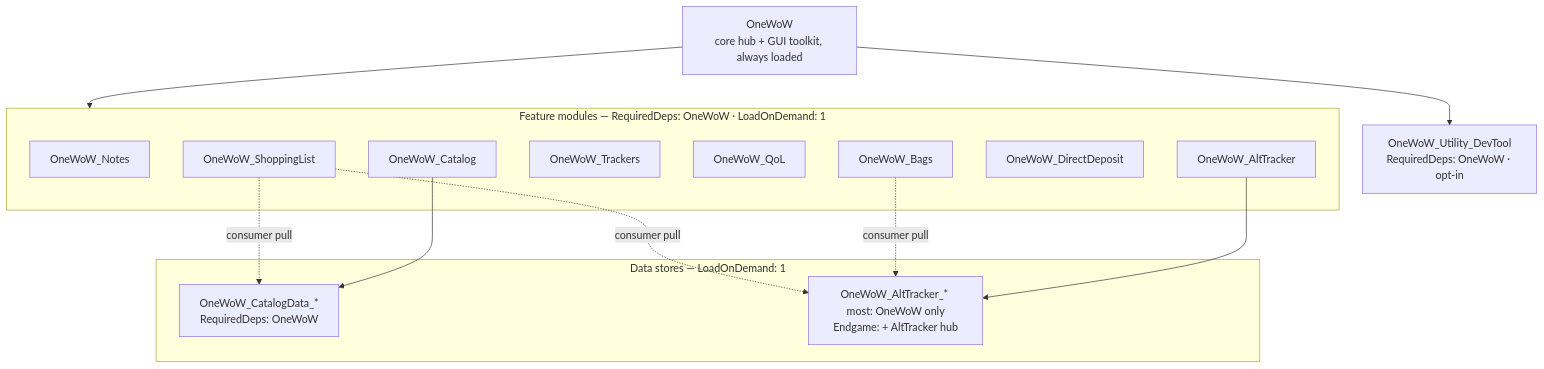
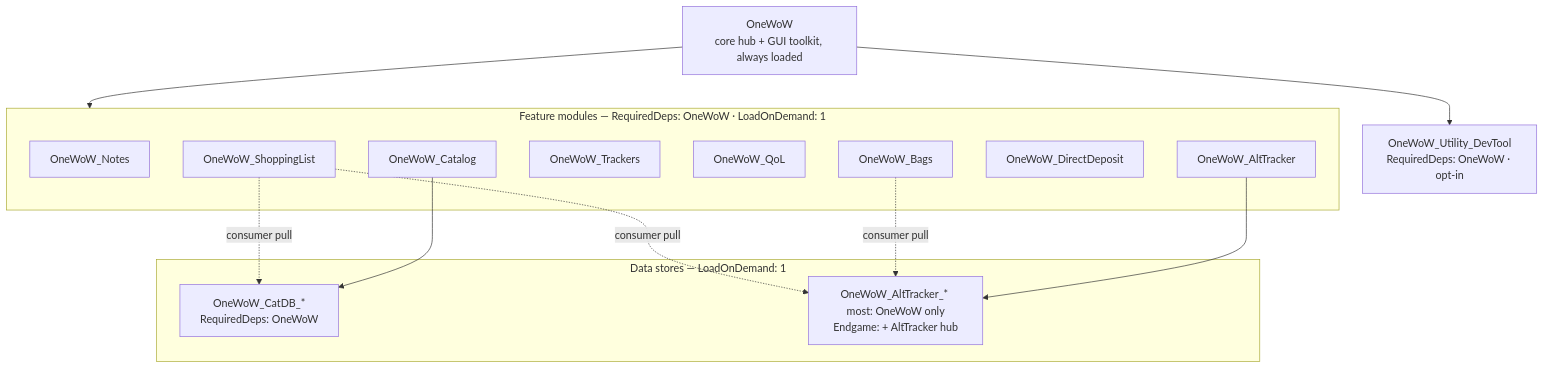
One commit to MichinMigugin/OneWoW_Suite changed the diagram in OneWoW/Docs/ARCHITECTURE.md. Above: the diagram before and after it, drawn with Mermaid. The commit also changed other lines of this file and 504 other files, not shown here.

Commit message:
Cut Catalog over to CatDB packs and add Collectibles and Housing tabs.

````diff
--- a/OneWoW/Docs/ARCHITECTURE.md
+++ b/OneWoW/Docs/ARCHITECTURE.md
@@ -41,29 +41,29 @@
 ```mermaid
 flowchart TB
     OW[OneWoW<br/>core hub + GUI toolkit, always loaded]
 
     subgraph Modules [Feature modules — RequiredDeps: OneWoW · LoadOnDemand: 1]
         Notes[OneWoW_Notes]
         AltTracker[OneWoW_AltTracker]
         Catalog[OneWoW_Catalog]
         Trackers[OneWoW_Trackers]
         QoL[OneWoW_QoL]
         ShoppingList[OneWoW_ShoppingList]
         DirectDeposit[OneWoW_DirectDeposit]
         Bags[OneWoW_Bags]
     end
     OW --> Modules
 
     subgraph Stores [Data stores — LoadOnDemand: 1]
-        CatalogData[OneWoW_CatalogData_*<br/>RequiredDeps: OneWoW]
+        CatDB[OneWoW_CatDB_*<br/>RequiredDeps: OneWoW]
         AltData[OneWoW_AltTracker_* most: OneWoW only<br/>Endgame: + AltTracker hub]
     end
-    Catalog --> CatalogData
+    Catalog --> CatDB
     AltTracker --> AltData
     Bags -.->|consumer pull| AltData
     ShoppingList -.->|consumer pull| AltData
-    ShoppingList -.->|consumer pull| CatalogData
+    ShoppingList -.->|consumer pull| CatDB
 
     DevTool[OneWoW_Utility_DevTool<br/>RequiredDeps: OneWoW · opt-in]
     OW --> DevTool
 ```
````
